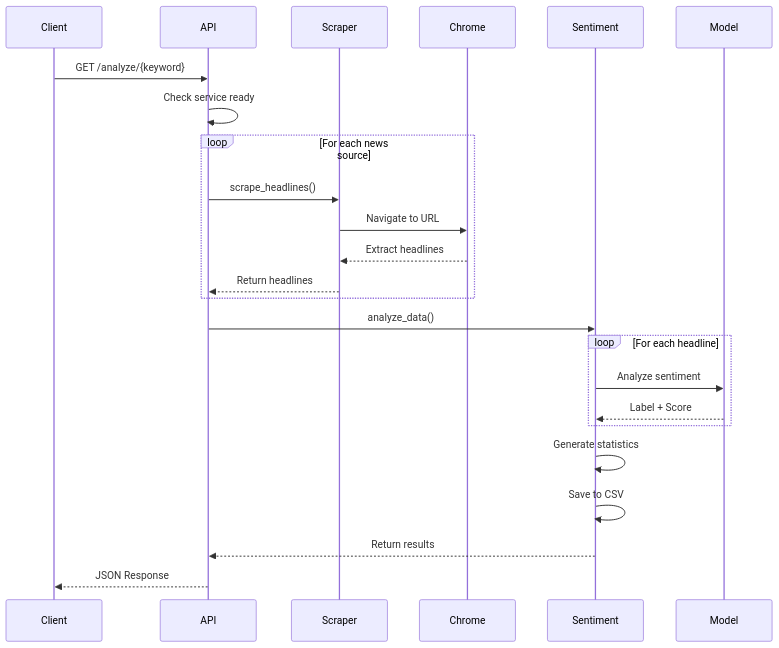
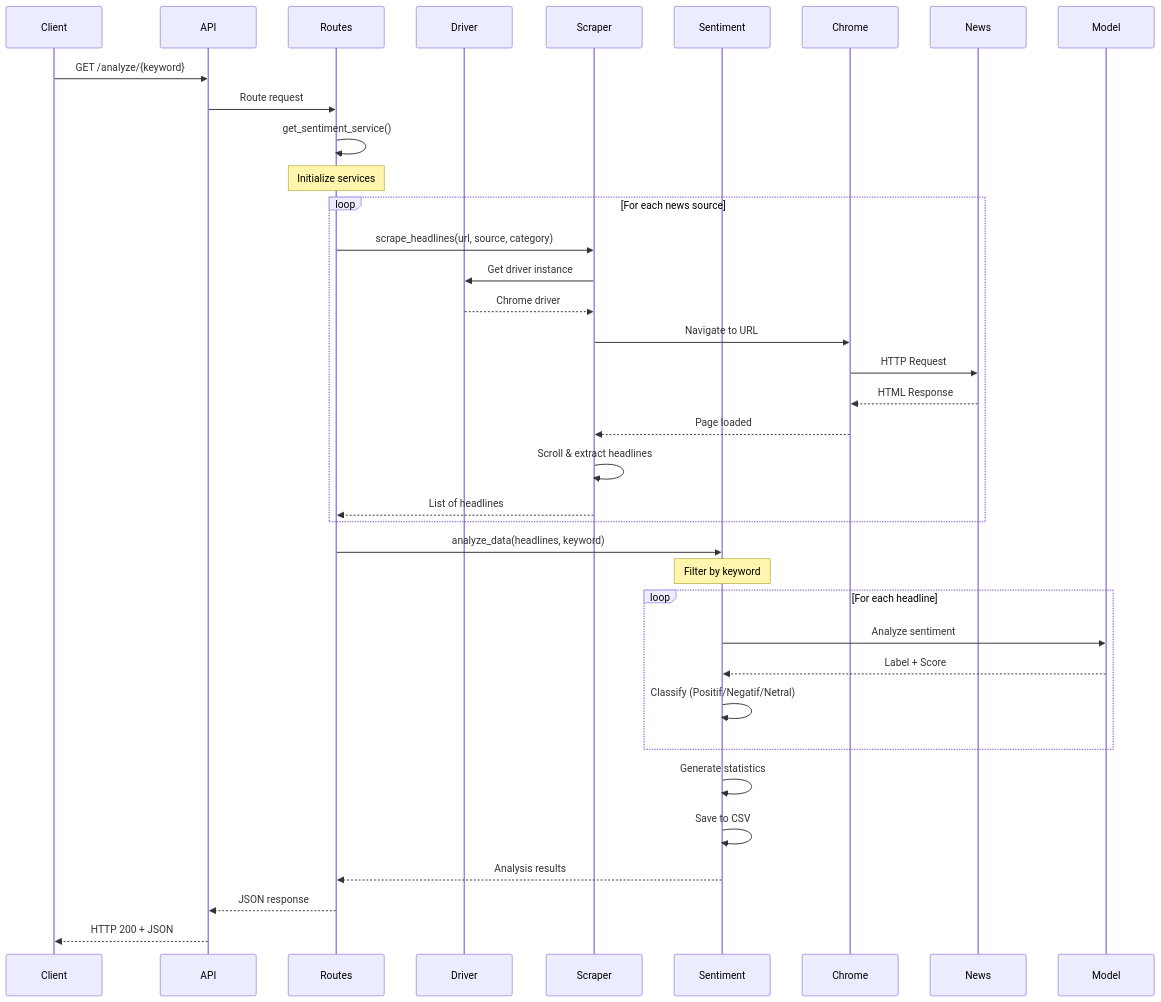
One commit to R26raihan/Tugas_generativeAI changed the second of 7 diagrams in README.md. Above: the diagram before and after it, drawn with Mermaid. The commit also changed other lines of this file, not shown here.

Commit message:
Add all Mermaid diagrams directly to README

````diff
--- a/README.md
+++ b/README.md
@@ -115,31 +119,46 @@
 ```mermaid
 sequenceDiagram
     participant Client
     participant API
+    participant Routes
+    participant Driver
     participant Scraper
+    participant Sentiment
     participant Chrome
-    participant Sentiment
+    participant News
     participant Model
     
     Client->>API: GET /analyze/{keyword}
-    API->>API: Check service ready
+    API->>Routes: Route request
+    Routes->>Routes: get_sentiment_service()
+    
+    Note over Routes: Initialize services
     
     loop For each news source
-        API->>Scraper: scrape_headlines()
+        Routes->>Scraper: scrape_headlines(url, source, category)
+        Scraper->>Driver: Get driver instance
+        Driver-->>Scraper: Chrome driver
         Scraper->>Chrome: Navigate to URL
-        Chrome-->>Scraper: Extract headlines
-        Scraper-->>API: Return headlines
+        Chrome->>News: HTTP Request
+        News-->>Chrome: HTML Response
+        Chrome-->>Scraper: Page loaded
+        Scraper->>Scraper: Scroll & extract headlines
+        Scraper-->>Routes: List of headlines
     end
     
-    API->>Sentiment: analyze_data()
+    Routes->>Sentiment: analyze_data(headlines, keyword)
+    
+    Note over Sentiment: Filter by keyword
     
     loop For each headline
         Sentiment->>Model: Analyze sentiment
         Model-->>Sentiment: Label + Score
+        Sentiment->>Sentiment: Classify (Positif/Negatif/Netral)
     end
     
     Sentiment->>Sentiment: Generate statistics
     Sentiment->>Sentiment: Save to CSV
-    Sentiment-->>API: Return results
-    API-->>Client: JSON Response
+    Sentiment-->>Routes: Analysis results
+    Routes-->>API: JSON response
+    API-->>Client: HTTP 200 + JSON
 ```
````
